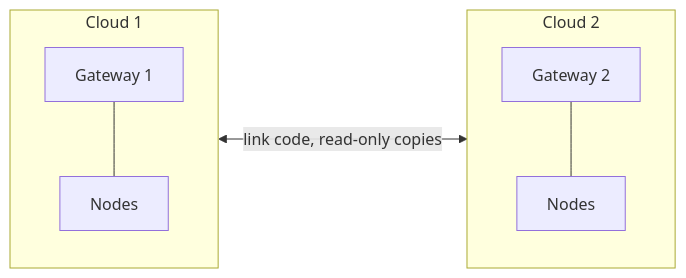
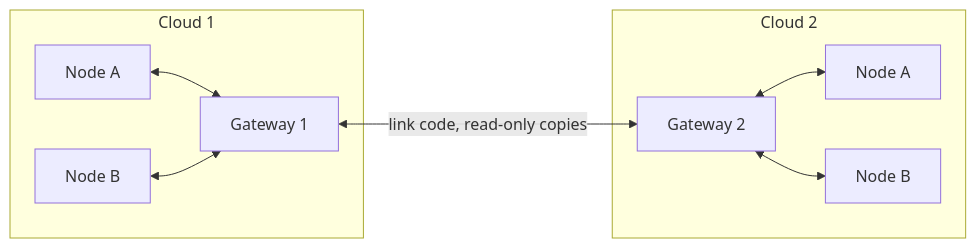
Before and after one commit to JustinOros/tinycloud: the third of 3 diagrams in docs/diagrams.md, drawn with Mermaid.

Commit message:
redo linked clouds diagram

````diff
--- a/docs/diagrams.md
+++ b/docs/diagrams.md
@@ -38,16 +38,18 @@
 ```mermaid
 flowchart LR
     subgraph c1[Cloud 1]
-        direction TB
+        A1[Node A]
+        B1[Node B]
         G1[Gateway 1]
-        N1[Nodes]
-        G1 --- N1
     end
     subgraph c2[Cloud 2]
-        direction TB
         G2[Gateway 2]
-        N2[Nodes]
-        G2 --- N2
+        A2[Node A]
+        B2[Node B]
     end
+    A1 <--> G1
+    B1 <--> G1
     G1 <-->|link code, read-only copies| G2
+    G2 <--> A2
+    G2 <--> B2
 ```
````
